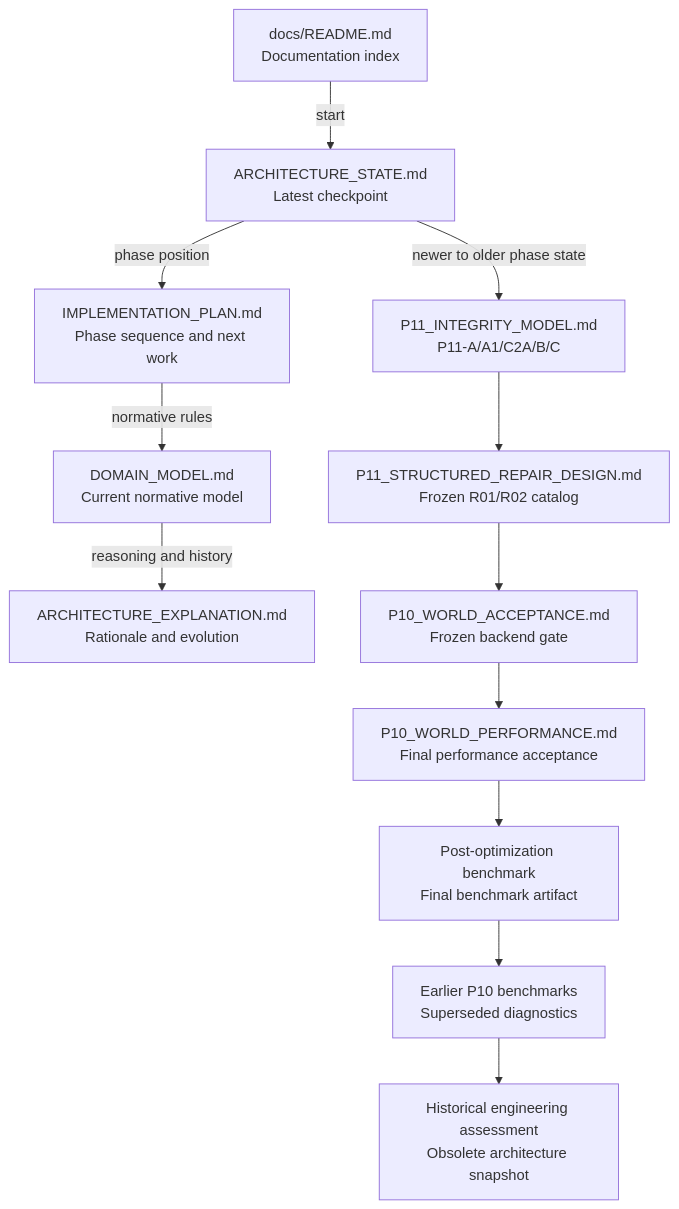
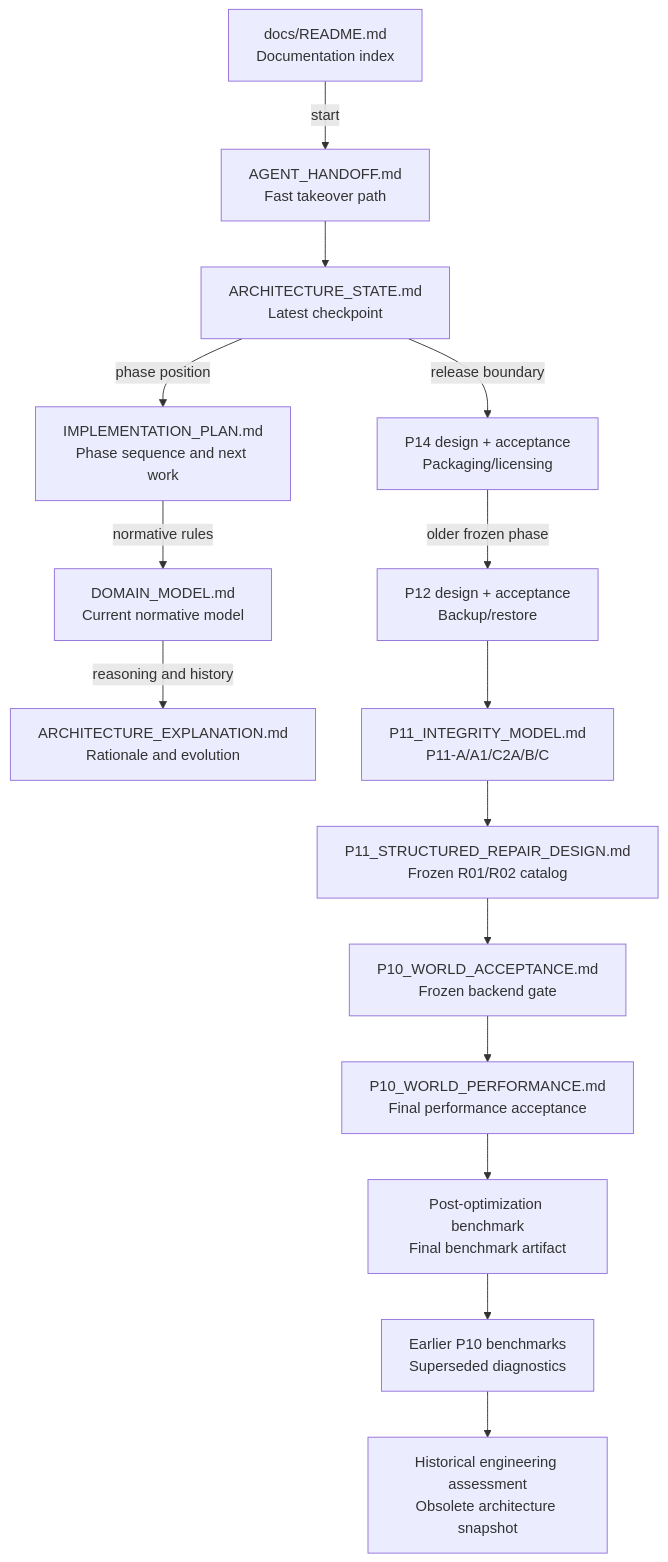
The diagram in docs/README.md (suraj-singh12/sentri-face-edge), drawn with Mermaid before and after one commit. The commit also changed other lines of this file and 9 other files, not shown here.

````diff
--- a/docs/README.md
+++ b/docs/README.md
@@ -26,31 +27,37 @@
 ```mermaid
 flowchart TD
     INDEX["docs/README.md<br/>Documentation index"]
+    HANDOFF["AGENT_HANDOFF.md<br/>Fast takeover path"]
 
     STATE["ARCHITECTURE_STATE.md<br/>Latest checkpoint"]
     PLAN["IMPLEMENTATION_PLAN.md<br/>Phase sequence and next work"]
     DOMAIN["DOMAIN_MODEL.md<br/>Current normative model"]
     EXPLAIN["ARCHITECTURE_EXPLANATION.md<br/>Rationale and evolution"]
 
     P11I["P11_INTEGRITY_MODEL.md<br/>P11-A/A1/C2A/B/C"]
     P11R["P11_STRUCTURED_REPAIR_DESIGN.md<br/>Frozen R01/R02 catalog"]
+    P12["P12 design + acceptance<br/>Backup/restore"]
+    P14["P14 design + acceptance<br/>Packaging/licensing"]
 
     P10A["P10_WORLD_ACCEPTANCE.md<br/>Frozen backend gate"]
     P10P["P10_WORLD_PERFORMANCE.md<br/>Final performance acceptance"]
     P10FINAL["Post-optimization benchmark<br/>Final benchmark artifact"]
     P10OLD["Earlier P10 benchmarks<br/>Superseded diagnostics"]
     HIST["Historical engineering assessment<br/>Obsolete architecture snapshot"]
 
-    INDEX -->|"start"| STATE
+    INDEX -->|"start"| HANDOFF
+    HANDOFF --> STATE
     STATE -->|"phase position"| PLAN
     PLAN -->|"normative rules"| DOMAIN
     DOMAIN -->|"reasoning and history"| EXPLAIN
 
-    STATE -->|"newer to older phase state"| P11I
+    STATE -->|"release boundary"| P14
+    P14 -->|"older frozen phase"| P12
+    P12 --> P11I
     P11I --> P11R
     P11R --> P10A
     P10A --> P10P
     P10P --> P10FINAL
     P10FINAL --> P10OLD
     P10OLD --> HIST
 ```
````
